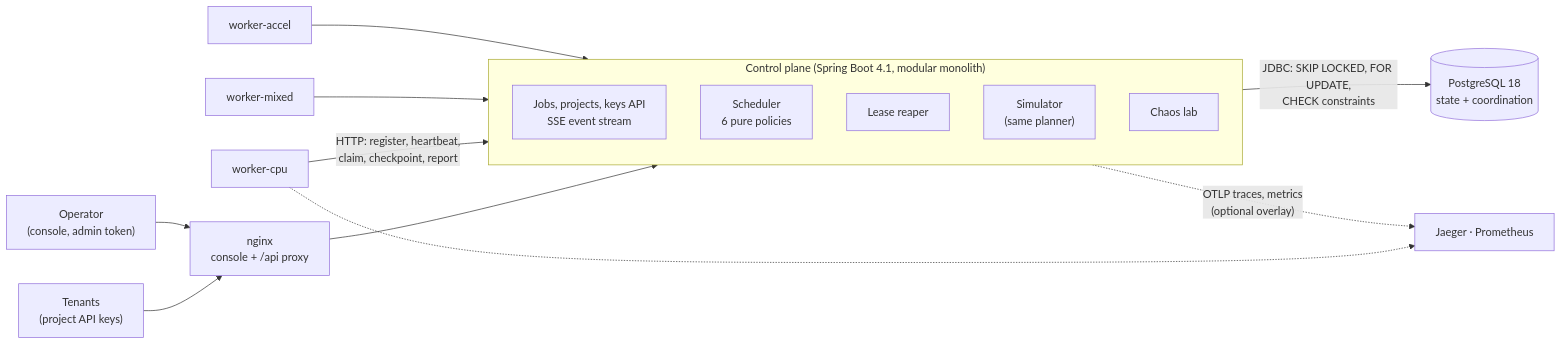
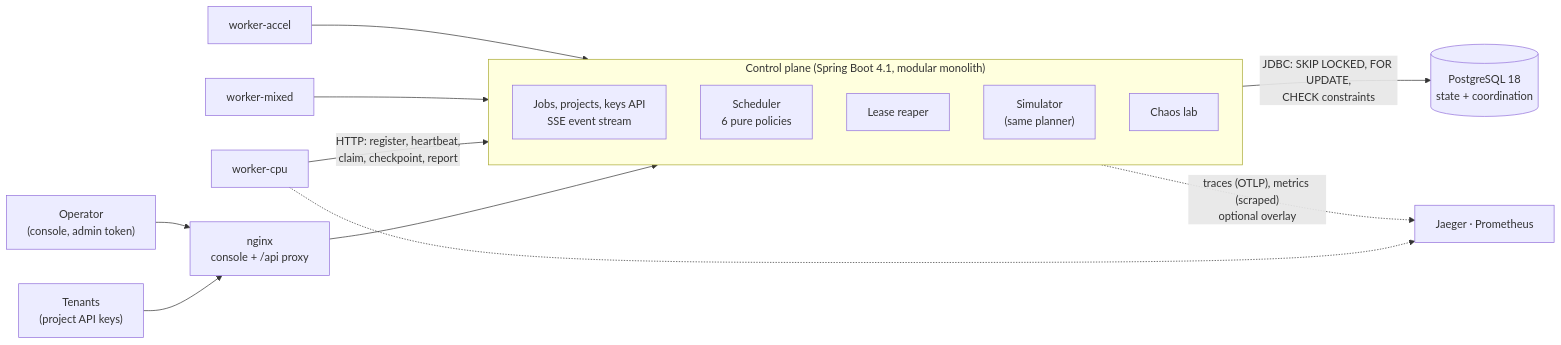
The diagram in README.md (martiaaguilera/quantarun), drawn with Mermaid before and after one commit. The commit also changed 1 other file, not shown here.

Commit message:
docs(release): record the release verification against the brief

````diff
--- a/README.md
+++ b/README.md
@@ -54,20 +54,20 @@
 ```mermaid
 flowchart LR
     tenant["Tenants<br/>(project API keys)"] --> nginx
     operator["Operator<br/>(console, admin token)"] --> nginx
     nginx["nginx<br/>console + /api proxy"] --> cp
     subgraph cp["Control plane (Spring Boot 4.1, modular monolith)"]
         direction TB
         api["Jobs, projects, keys API<br/>SSE event stream"]
         sched["Scheduler<br/>6 pure policies"]
         reaper["Lease reaper"]
         sim["Simulator<br/>(same planner)"]
         chaos["Chaos lab"]
     end
     cp -- "JDBC: SKIP LOCKED, FOR UPDATE,<br/>CHECK constraints" --> pg[("PostgreSQL 18<br/>state + coordination")]
     w1["worker-cpu"] -- "HTTP: register, heartbeat,<br/>claim, checkpoint, report" --> cp
     w2["worker-mixed"] --> cp
     w3["worker-accel"] --> cp
-    cp -. "OTLP traces, metrics<br/>(optional overlay)" .-> otel["Jaeger · Prometheus"]
+    cp -. "traces (OTLP), metrics (scraped)<br/>optional overlay" .-> otel["Jaeger · Prometheus"]
     w1 -.-> otel
 ```
````
